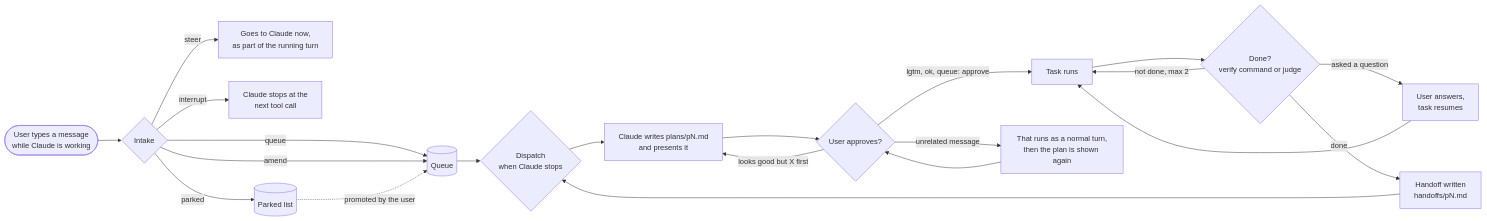
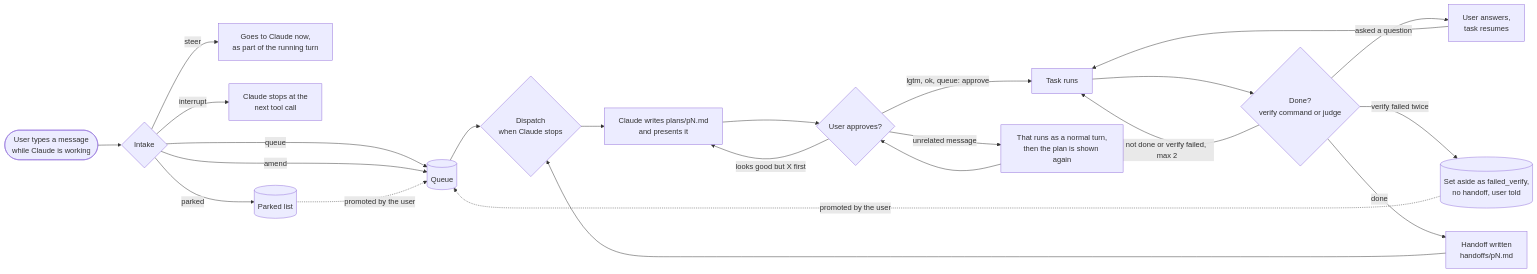
The first of 12 diagrams in docs/flows.md (0xEl1yahu/queue-switchclaude), drawn with Mermaid before and after one commit. The commit also changed other lines of this file and 3 other files, not shown here.

Commit message:
docs: M3 decisions, spec and diagrams as built

````diff
--- a/docs/flows.md
+++ b/docs/flows.md
@@ -9,23 +9,25 @@
 ```mermaid
 flowchart LR
     U([User types a message<br/>while Claude is working]) --> I{Intake}
     I -- steer --> S[Goes to Claude now,<br/>as part of the running turn]
     I -- interrupt --> X[Claude stops at the<br/>next tool call]
     I -- queue --> Q[(Queue)]
     I -- amend --> Q
     I -- parked --> P[(Parked list)]
     Q --> D{Dispatch<br/>when Claude stops}
     D --> PL[Claude writes plans/pN.md<br/>and presents it]
     PL --> A{User approves?}
     A -- "lgtm, ok, queue: approve" --> R[Task runs]
     A -- "looks good but X first" --> PL
     A -- "unrelated message" --> O[That runs as a normal turn,<br/>then the plan is shown again]
     O --> A
     R --> QN{Done?<br/>verify command or judge}
     QN -- "asked a question" --> AN[User answers,<br/>task resumes]
     AN --> R
-    QN -- "not done, max 2" --> R
+    QN -- "not done or verify failed, max 2" --> R
+    QN -- "verify failed twice" --> FV[(Set aside as failed_verify,<br/>no handoff, user told)]
     QN -- done --> H[Handoff written<br/>handoffs/pN.md]
     H --> D
     P -. promoted by the user .-> Q
+    FV -. promoted by the user .-> Q
 ```
````
